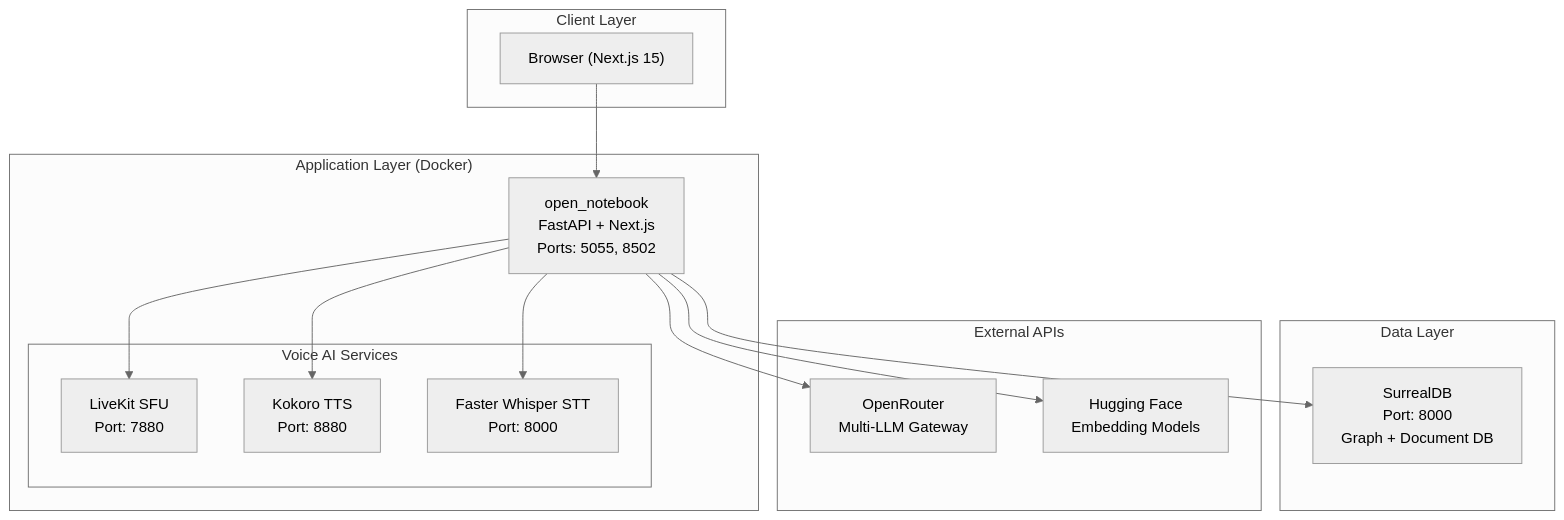
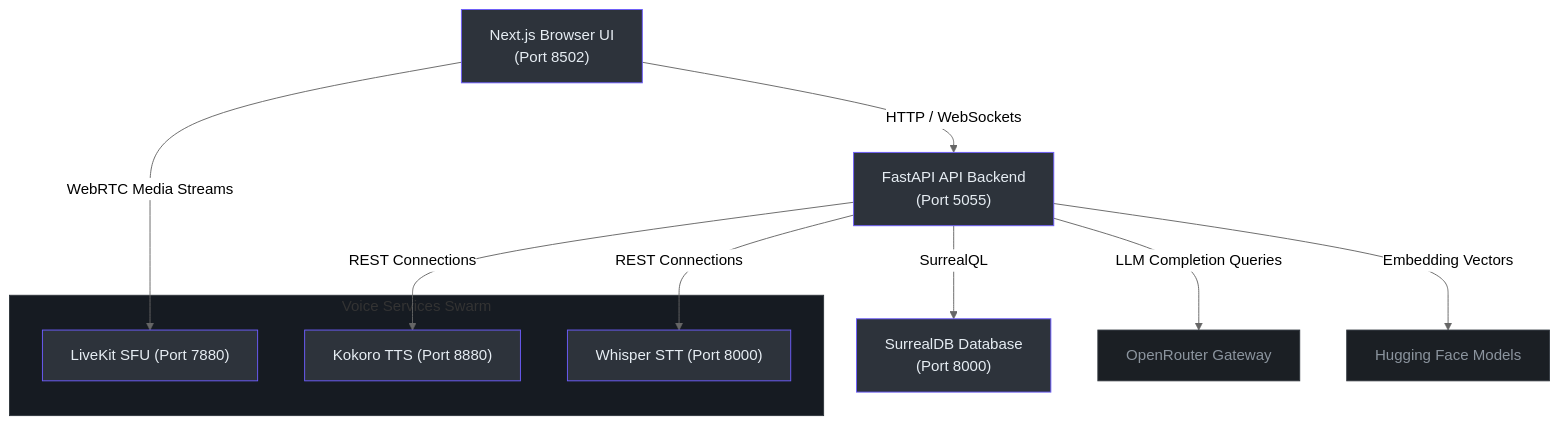
The first of 2 diagrams in docs/wiki/architecture.md (Planet9V/notebook_ts), drawn with Mermaid (neutral theme) before and after one commit. The commit also changed other lines of this file and 148 other files, not shown here.

````diff
--- a/docs/wiki/architecture.md
+++ b/docs/wiki/architecture.md
@@ -7,33 +26,26 @@
 ```mermaid
-graph TB
-    subgraph "Client Layer"
-        Browser["Browser (Next.js 15)"]
+graph TD
+    classDef nodeStyle fill:#2d333b,stroke:#6d5dfc,color:#e6edf3;
+    classDef extStyle fill:#1b1f24,stroke:#30363d,color:#8b949e;
+
+    Browser["Next.js Browser UI<br/>(Port 8502)"]:::nodeStyle
+    FastAPI["FastAPI API Backend<br/>(Port 5055)"]:::nodeStyle
+    Surreal["SurrealDB Database<br/>(Port 8000)"]:::nodeStyle
+    
+    subgraph AudioEngine ["Voice Services Swarm"]
+        LiveKit["LiveKit SFU (Port 7880)"]:::nodeStyle
+        Kokoro["Kokoro TTS (Port 8880)"]:::nodeStyle
+        Whisper["Whisper STT (Port 8000)"]:::nodeStyle
     end
-    
-    subgraph "Application Layer (Docker)"
-        App["open_notebook<br/>FastAPI + Next.js<br/>Ports: 5055, 8502"]
-        
-        subgraph "Voice AI Services"
-            LiveKit["LiveKit SFU<br/>Port: 7880"]
-            Kokoro["Kokoro TTS<br/>Port: 8880"]
-            Whisper["Faster Whisper STT<br/>Port: 8000"]
-        end
-    end
-    
-    subgraph "Data Layer"
-        SurrealDB["SurrealDB<br/>Port: 8000<br/>Graph + Document DB"]
-    end
-    
-    subgraph "External APIs"
-        OpenRouter["OpenRouter<br/>Multi-LLM Gateway"]
-        HuggingFace["Hugging Face<br/>Embedding Models"]
-    end
-    
-    Browser --> App
-    App --> SurrealDB
-    App --> LiveKit
-    App --> Kokoro
-    App --> Whisper
-    App --> OpenRouter
-    App --> HuggingFace
+    style AudioEngine fill:#161b22,stroke:#30363d;
+
+    OpenRouter["OpenRouter Gateway"]:::extStyle
+    HuggingFace["Hugging Face Models"]:::extStyle
+
+    Browser -->|HTTP / WebSockets| FastAPI
+    Browser -->|WebRTC Media Streams| LiveKit
+    FastAPI -->|SurrealQL| Surreal
+    FastAPI -->|REST Connections| Kokoro & Whisper
+    FastAPI -->|LLM Completion Queries| OpenRouter
+    FastAPI -->|Embedding Vectors| HuggingFace
 ```
````
